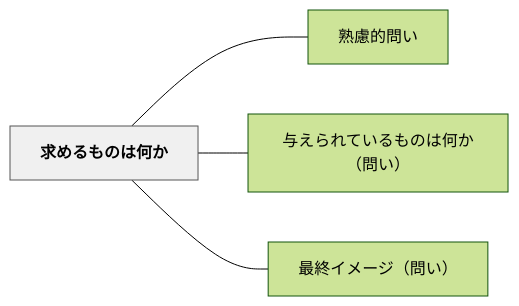
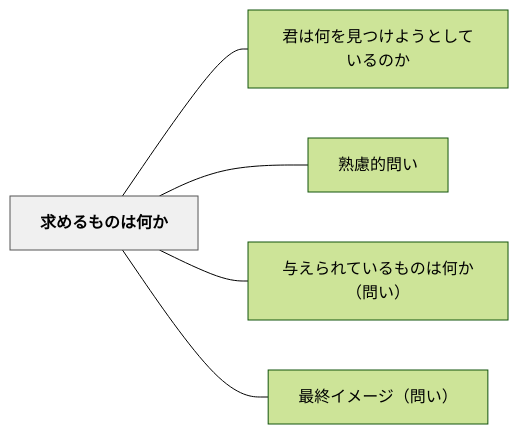
The diagram in content/パタン/求めるものは何か.md (unknownthings-ed-patterns/unknownthings-ed-patterns), drawn with Mermaid (forest theme) before and after one commit. The commit also changed other lines of this file and 473 other files, not shown here.

````diff
--- a/content/パタン/求めるものは何か.md
+++ b/content/パタン/求めるものは何か.md
@@ -40,14 +41,16 @@
 ```mermaid
 flowchart LR
     ne6b182e38281["求めるものは何か"]
+    ne5909be381af["君は何を見つけようとしているのか"]
     ne7869fe685ae["熟慮的問い"]
     ne4b88ee38188["与えられているものは何か（問い）"]
     ne69c80e7b582["最終イメージ（問い）"]
 
+    ne6b182e38281 --- ne5909be381af
     ne6b182e38281 --- ne7869fe685ae
     ne6b182e38281 --- ne4b88ee38188
     ne6b182e38281 --- ne69c80e7b582
 
     classDef hub fill:#f0f0f0,stroke:#555,color:#000,font-weight:bold
     class ne6b182e38281 hub
 ```
````
